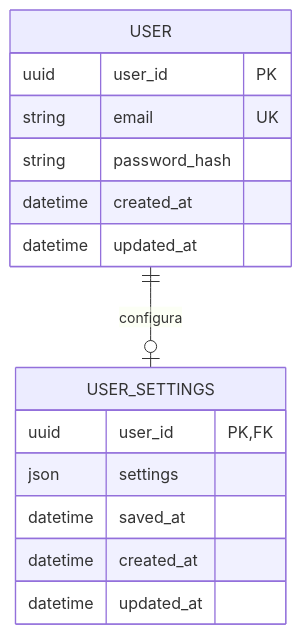
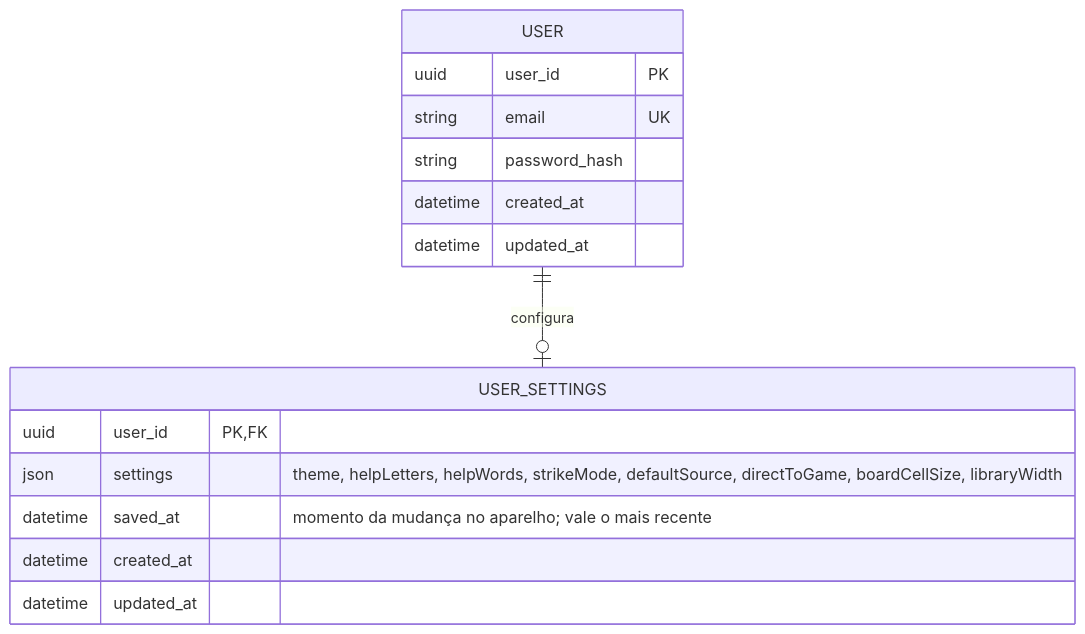
The diagram in docs/entity-relationship-diagrams/ERD-004-configuracoes-usuario.md (BrunoYTanaka/cruzadinha), drawn with Mermaid before and after one commit. The commit also changed 2 other files, not shown here.

Commit message:
docs: list the settings json fields in erd-004
The ERD showed the user_settings columns but not the fields inside the settings document, which DDE-004 lists. Add them as an attribute comment, like the action values in ERD-001, and note when saved_at wins.

````diff
--- a/docs/entity-relationship-diagrams/ERD-004-configuracoes-usuario.md
+++ b/docs/entity-relationship-diagrams/ERD-004-configuracoes-usuario.md
@@ -1,20 +1,20 @@
 ```mermaid
 erDiagram
     USER {
         uuid user_id PK
         string email UK
         string password_hash
         datetime created_at
         datetime updated_at
     }
 
     USER_SETTINGS {
         uuid user_id PK, FK
-        json settings
-        datetime saved_at
+        json settings "theme, helpLetters, helpWords, strikeMode, defaultSource, directToGame, boardCellSize, libraryWidth"
+        datetime saved_at "momento da mudança no aparelho; vale o mais recente"
         datetime created_at
         datetime updated_at
     }
 
     USER ||--o| USER_SETTINGS : "configura"
 ```
````
